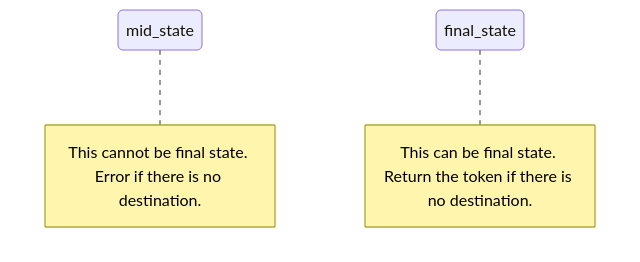
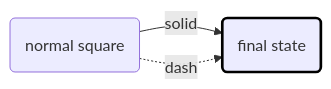
One commit to 8ttyan/home-made-shell changed the second of 2 diagrams in README.md. Above: the diagram before and after it, drawn with Mermaid. The commit also changed other lines of this file, not shown here.

````diff
--- a/README.md
+++ b/README.md
@@ -64,9 +74,8 @@
 ```mermaid
-stateDiagram-v2
+flowchart LR
 classDef final stroke-width:2pt, stroke:black;
-mid_state
-note right of mid_state: This cannot be final state. Error if there is no destination.
-
-final_state:::final
-note right of final_state: This can be final state. Return the token if there is no destination.
+	id1(normal square)
+	id2(final state):::final
+	id1 -- solid --> id2
+	id1 -. dash  .-> id2
 ```
````
